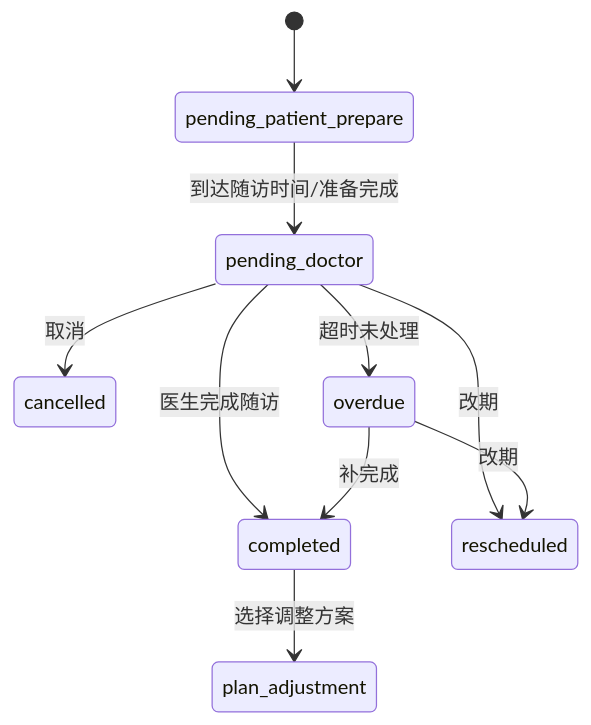
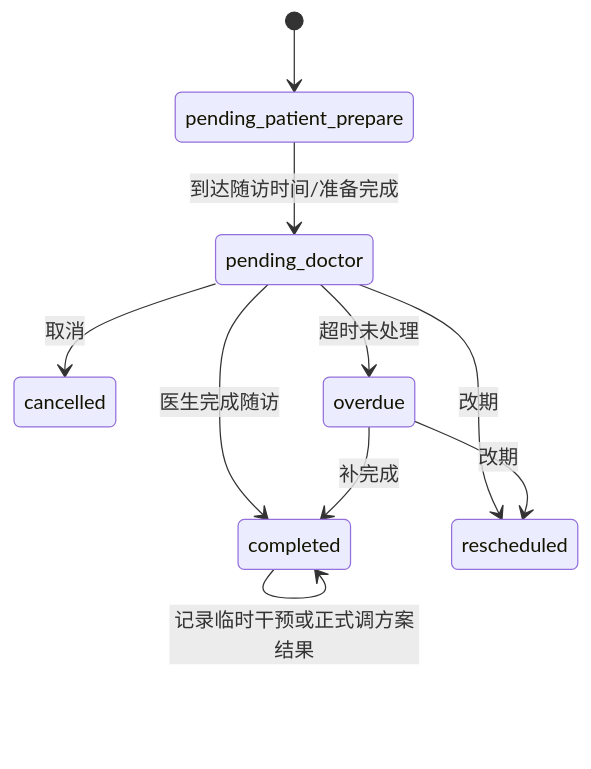
One commit to supersuperman666/twin changed the sixth of 7 diagrams in docs/医生PC端PRD.md. Above: the diagram before and after it, drawn with Mermaid. The commit also changed other lines of this file and 17 other files, not shown here.

````diff
--- a/docs/医生PC端PRD.md
+++ b/docs/医生PC端PRD.md
@@ -2337,12 +2345,12 @@
 ```mermaid
 stateDiagram-v2
   [*] --> pending_patient_prepare
   pending_patient_prepare --> pending_doctor: 到达随访时间/准备完成
   pending_doctor --> completed: 医生完成随访
   pending_doctor --> rescheduled: 改期
   pending_doctor --> cancelled: 取消
   pending_doctor --> overdue: 超时未处理
   overdue --> completed: 补完成
   overdue --> rescheduled: 改期
-  completed --> plan_adjustment: 选择调整方案
+  completed --> completed: 记录临时干预或正式调方案结果
 ```
````
